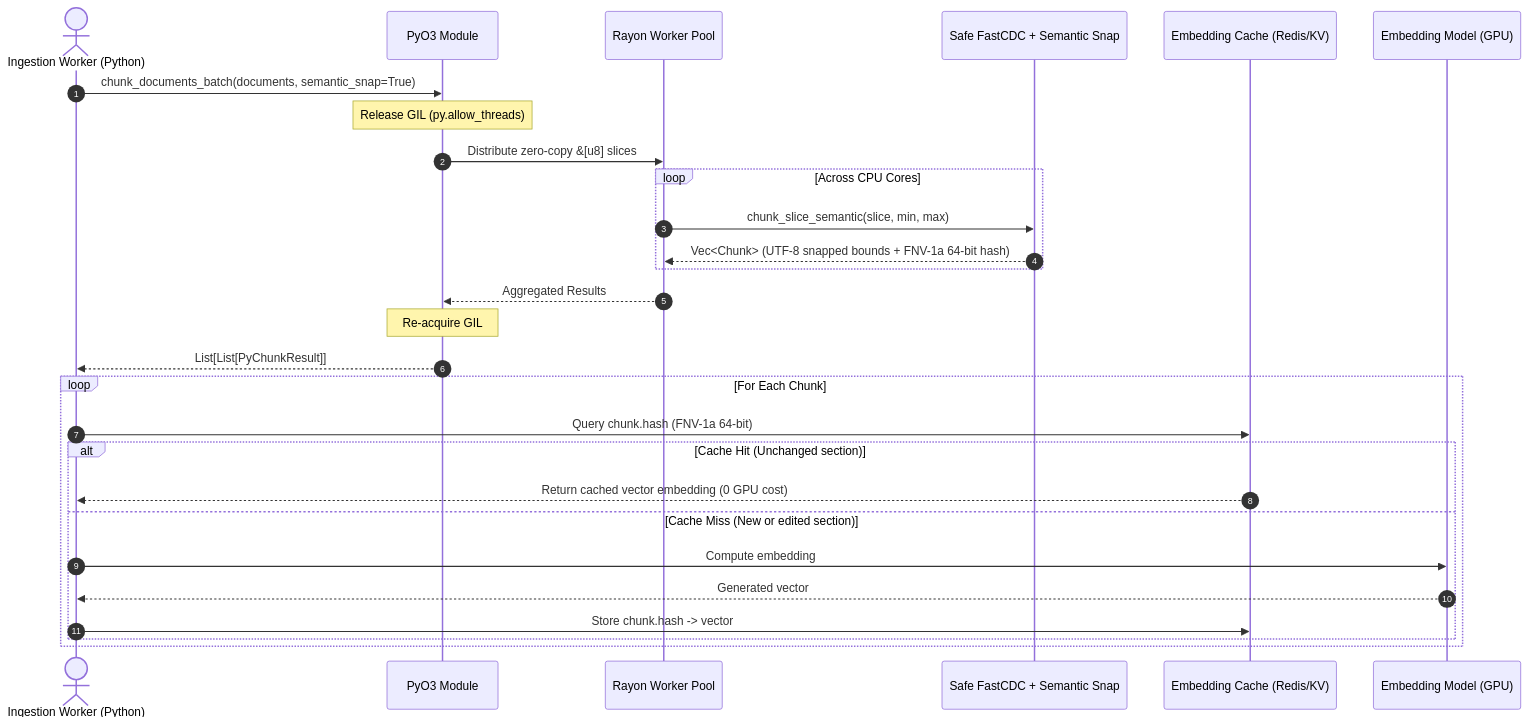
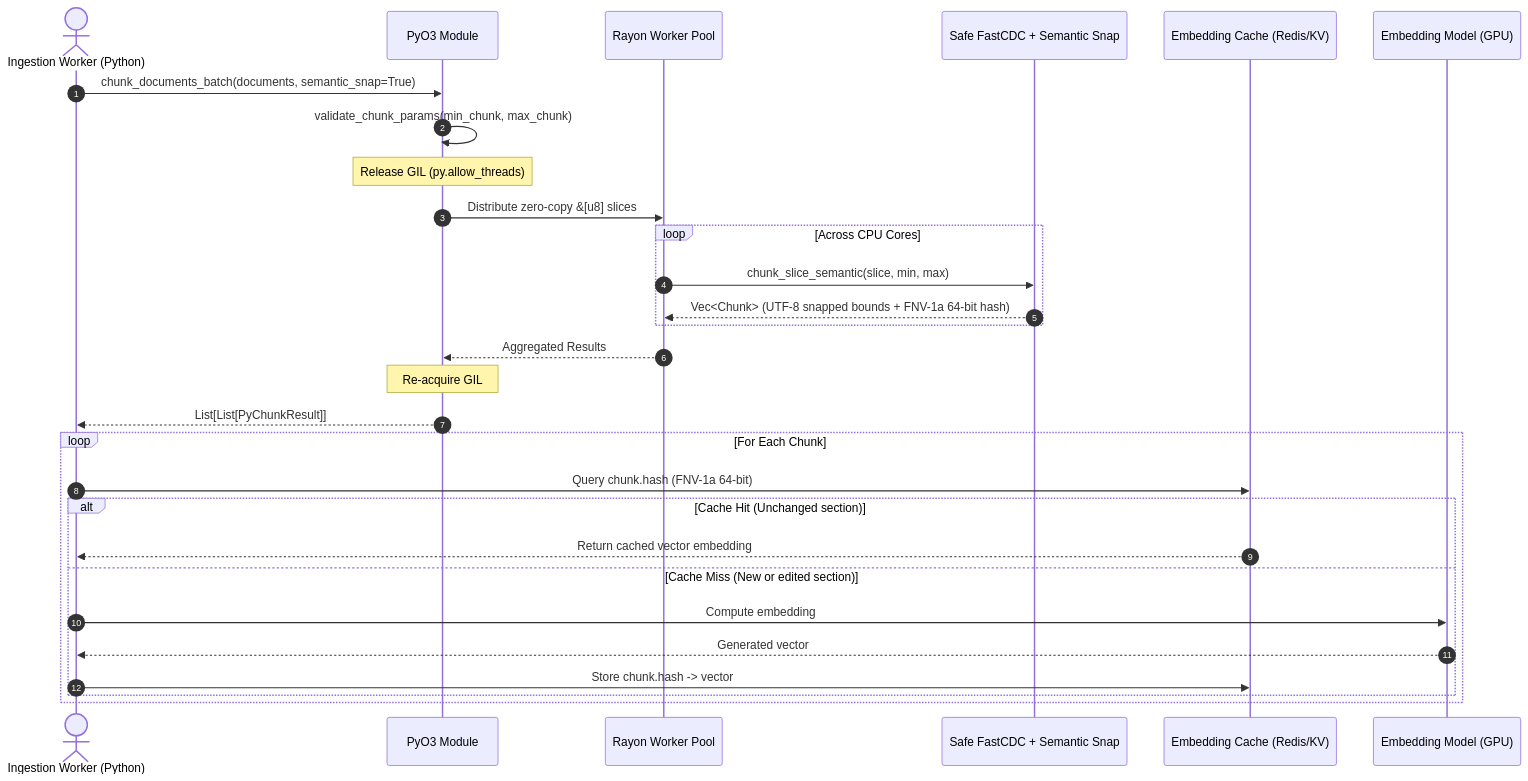
Before and after one commit to mjlelis/fast-rag-chunker: the third of 3 diagrams in README.md, drawn with Mermaid. The commit also changed other lines of this file and 19 other files, not shown here.

````diff
--- a/README.md
+++ b/README.md
@@ -151,32 +152,33 @@
 ```mermaid
 sequenceDiagram
     autonumber
     actor Pipeline as Ingestion Worker (Python)
     participant PyO3 as PyO3 Module
     participant Rayon as Rayon Worker Pool
     participant SafeRust as Safe FastCDC + Semantic Snap
     participant Cache as Embedding Cache (Redis/KV)
     participant Model as Embedding Model (GPU)
 
     Pipeline->>PyO3: chunk_documents_batch(documents, semantic_snap=True)
+    PyO3->>PyO3: validate_chunk_params(min_chunk, max_chunk)
     Note over PyO3: Release GIL (py.allow_threads)
     PyO3->>Rayon: Distribute zero-copy &[u8] slices
     loop Across CPU Cores
         Rayon->>SafeRust: chunk_slice_semantic(slice, min, max)
         SafeRust-->>Rayon: Vec<Chunk> (UTF-8 snapped bounds + FNV-1a 64-bit hash)
     end
     Rayon-->>PyO3: Aggregated Results
     Note over PyO3: Re-acquire GIL
     PyO3-->>Pipeline: List[List[PyChunkResult]]
 
     loop For Each Chunk
         Pipeline->>Cache: Query chunk.hash (FNV-1a 64-bit)
         alt Cache Hit (Unchanged section)
-            Cache-->>Pipeline: Return cached vector embedding (0 GPU cost)
+            Cache-->>Pipeline: Return cached vector embedding
         else Cache Miss (New or edited section)
             Pipeline->>Model: Compute embedding
             Model-->>Pipeline: Generated vector
             Pipeline->>Cache: Store chunk.hash -> vector
         end
     end
 ```
````
